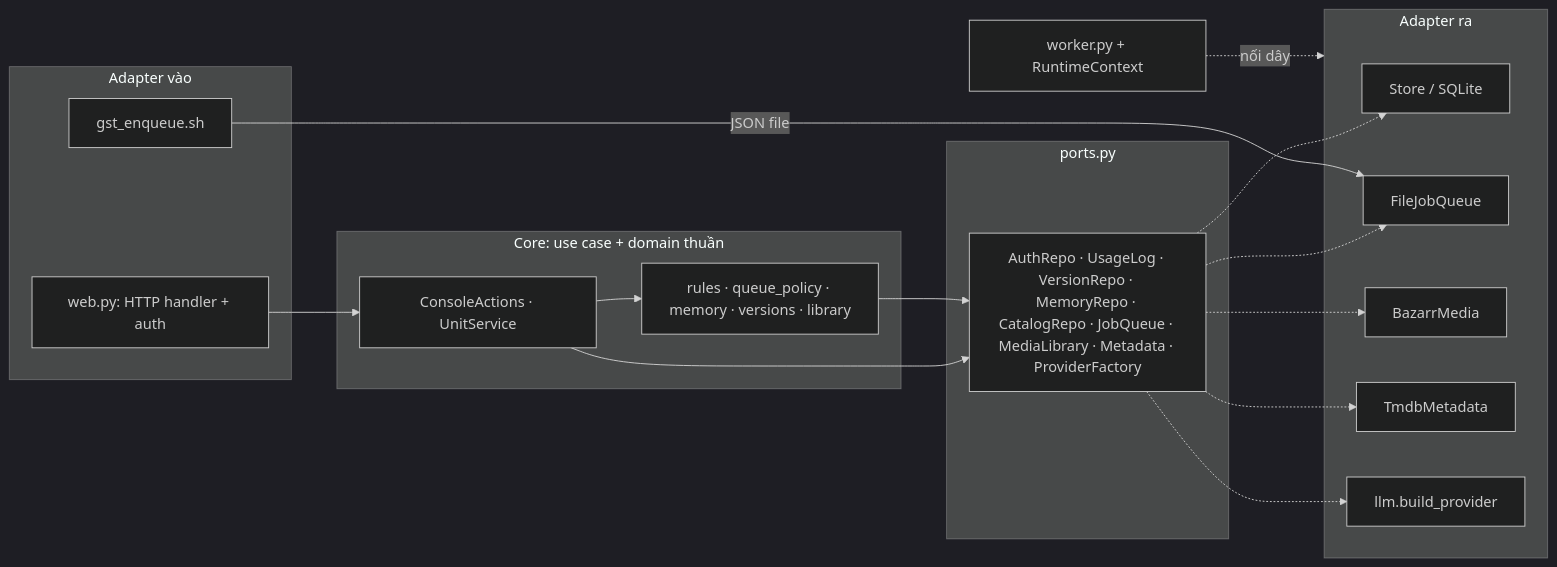
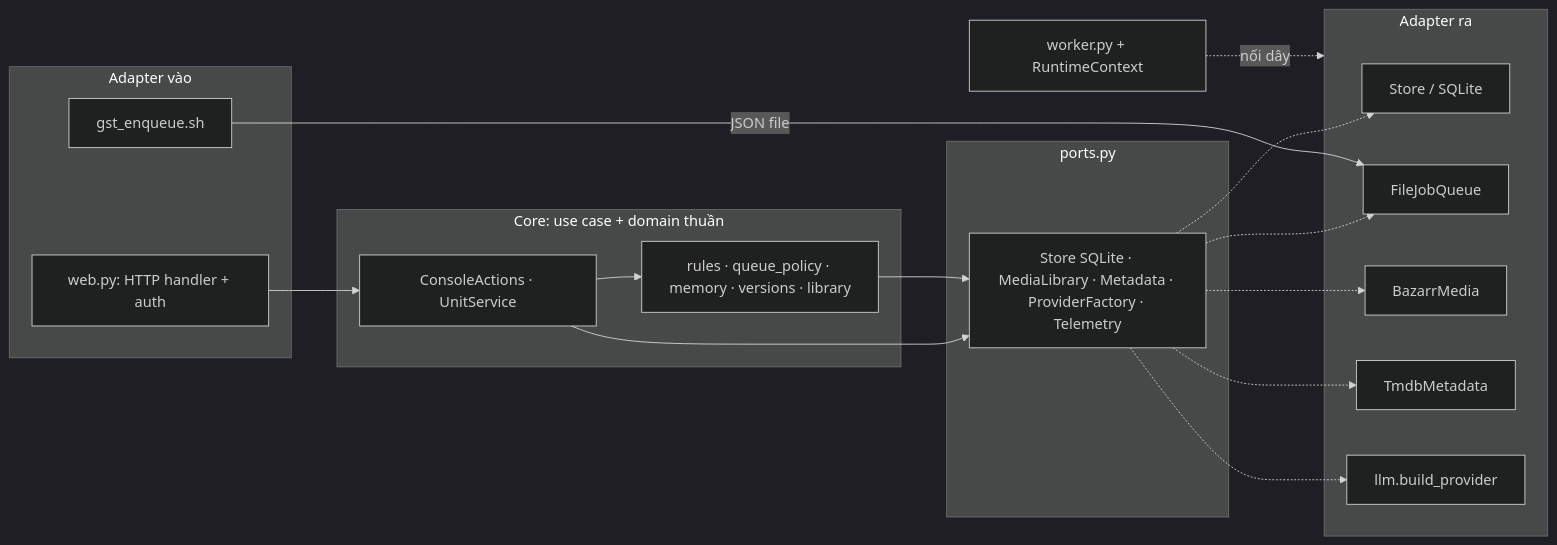
The second of 4 diagrams in docs/design/ARCHITECTURE.md (tamvcspk/llm-subtitle-translator), drawn with Mermaid (dark theme) before and after one commit. The commit also changed other lines of this file and 21 other files, not shown here.

````diff
--- a/docs/design/ARCHITECTURE.md
+++ b/docs/design/ARCHITECTURE.md
@@ -362,28 +362,28 @@
 ```mermaid
 flowchart LR
   subgraph IN[Adapter vào]
     WEB[web.py: HTTP handler + auth]
     SH[gst_enqueue.sh]
   end
   subgraph CORE[Core: use case + domain thuần]
     UC[ConsoleActions · UnitService]
     DOM[rules · queue_policy · memory · versions · library]
   end
   subgraph PORTS[ports.py]
-    P[AuthRepo · UsageLog · VersionRepo · MemoryRepo · CatalogRepo · JobQueue · MediaLibrary · Metadata · ProviderFactory]
+    P[Store SQLite · MediaLibrary · Metadata · ProviderFactory · Telemetry]
   end
   subgraph OUT[Adapter ra]
     ST[Store / SQLite]
     FQ[FileJobQueue]
     BZ[BazarrMedia]
     TM[TmdbMetadata]
     LL[llm.build_provider]
   end
   WEB --> UC
   UC --> DOM
   UC --> P
   DOM --> P
   P -.-> ST & FQ & BZ & TM & LL
   SH -->|JSON file| FQ
   ROOT[worker.py + RuntimeContext] -. nối dây .-> OUT
 ```
````
